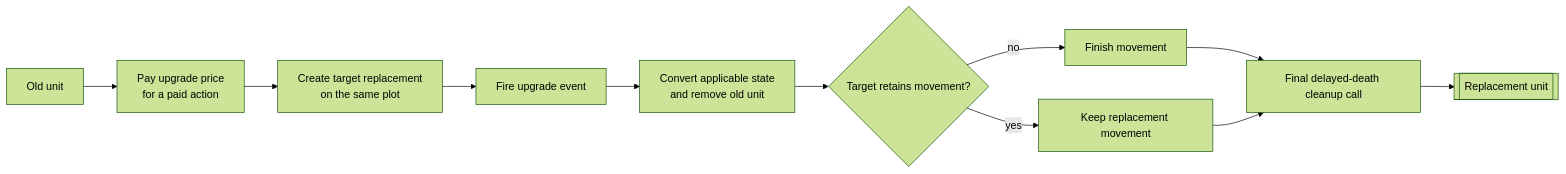
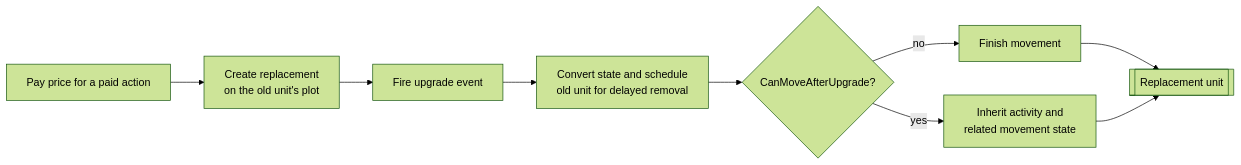
One commit to vox-deorum/vox-deorum changed the second of 2 diagrams in docs/developers/civ5-dll/unit-ai/upgrade.md. Above: the diagram before and after it, drawn with Mermaid (forest theme). The commit also changed other lines of this file and 14 other files, not shown here.

````diff
--- a/docs/developers/civ5-dll/unit-ai/upgrade.md
+++ b/docs/developers/civ5-dll/unit-ai/upgrade.md
@@ -58,13 +48,11 @@
 ```mermaid
 flowchart LR
-    O[Old unit] --> P[Pay upgrade price<br/>for a paid action]
-    P --> N[Create target replacement<br/>on the same plot]
+    P[Pay price for a paid action] --> N[Create replacement<br/>on the old unit's plot]
     N --> E[Fire upgrade event]
-    E --> C[Convert applicable state<br/>and remove old unit]
-    C --> M{Target retains movement?}
+    E --> C[Convert state and schedule<br/>old unit for delayed removal]
+    C --> M{CanMoveAfterUpgrade?}
     M -->|no| F[Finish movement]
-    M -->|yes| A[Keep replacement movement]
-    F --> K[Final delayed-death cleanup call]
-    A --> K
-    K --> R[[Replacement unit]]
+    M -->|yes| I[Inherit activity and<br/>related movement state]
+    F --> R[[Replacement unit]]
+    I --> R
 ```
````
